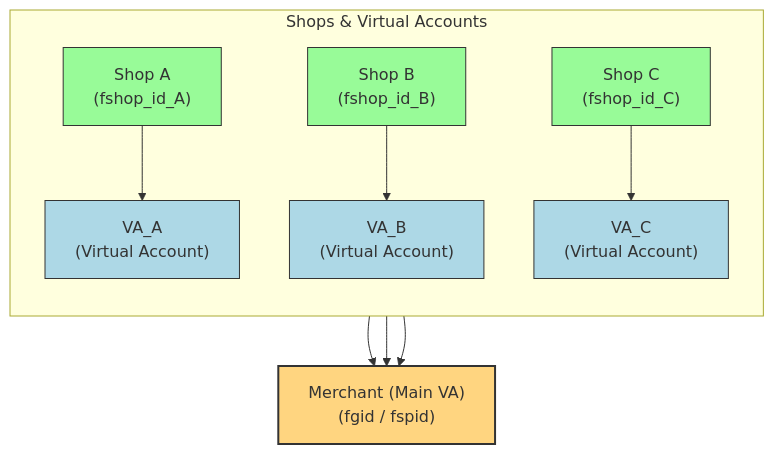
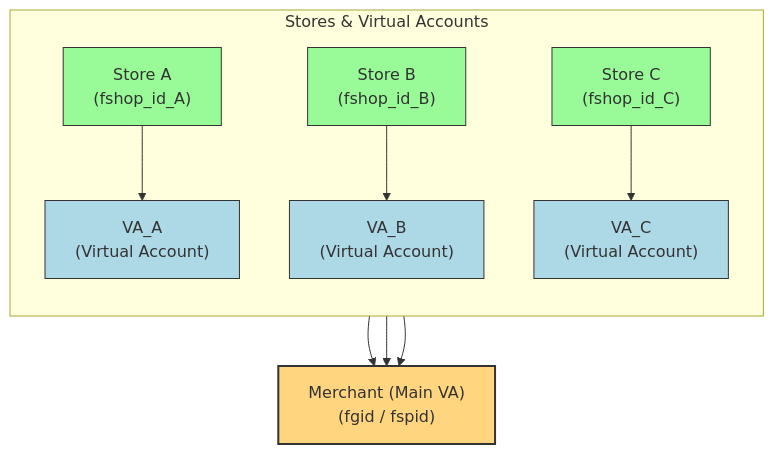
One commit to blaire101/data-warehouse-solutions changed the second of 3 diagrams in DW-QA.md. Above: the diagram before and after it, drawn with Mermaid. The commit also changed other lines of this file, not shown here.

````diff
--- a/DW-QA.md
+++ b/DW-QA.md
@@ -85,21 +85,21 @@
 ```mermaid
 flowchart TB
     M["Merchant (Main VA)<br>(fgid / fspid)"]:::merchant
 
-    subgraph Shops["Shops & Virtual Accounts"]
+    subgraph Stores["Stores & Virtual Accounts"]
         direction TB
-        S1["Shop A<br>(fshop_id_A)"]:::shop --> VA1["VA_A<br>(Virtual Account)"]:::va
-        S2["Shop B<br>(fshop_id_B)"]:::shop --> VA2["VA_B<br>(Virtual Account)"]:::va
-        S3["Shop C<br>(fshop_id_C)"]:::shop --> VA3["VA_C<br>(Virtual Account)"]:::va
+        S1["Store A<br>(fshop_id_A)"]:::store --> VA1["VA_A<br>(Virtual Account)"]:::va
+        S2["Store B<br>(fshop_id_B)"]:::store --> VA2["VA_B<br>(Virtual Account)"]:::va
+        S3["Store C<br>(fshop_id_C)"]:::store --> VA3["VA_C<br>(Virtual Account)"]:::va
     end
 
     %% Fund flow
     VA1 --> M
     VA2 --> M
     VA3 --> M
 
     %% Styling
     classDef merchant fill:#FFD580,stroke:#333,stroke-width:2px;
-    classDef shop fill:#98FB98,stroke:#333,stroke-width:1px;
+    classDef store fill:#98FB98,stroke:#333,stroke-width:1px;
     classDef va fill:#ADD8E6,stroke:#333,stroke-width:1px;
 ```
````
